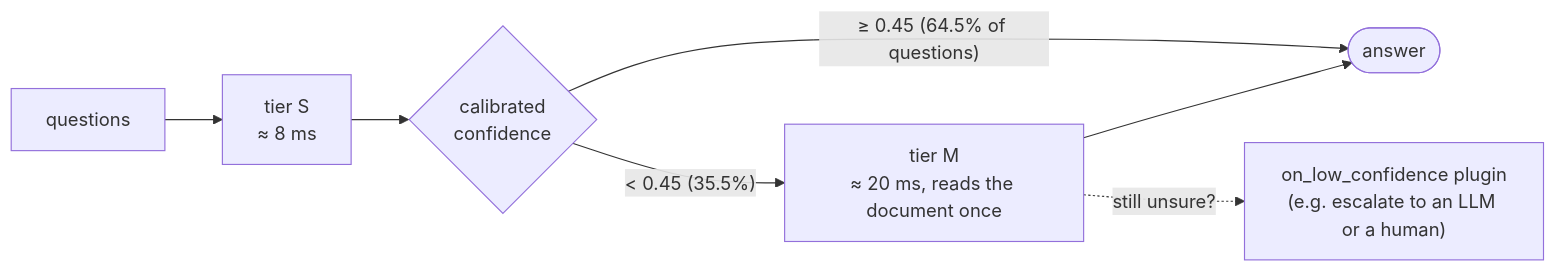
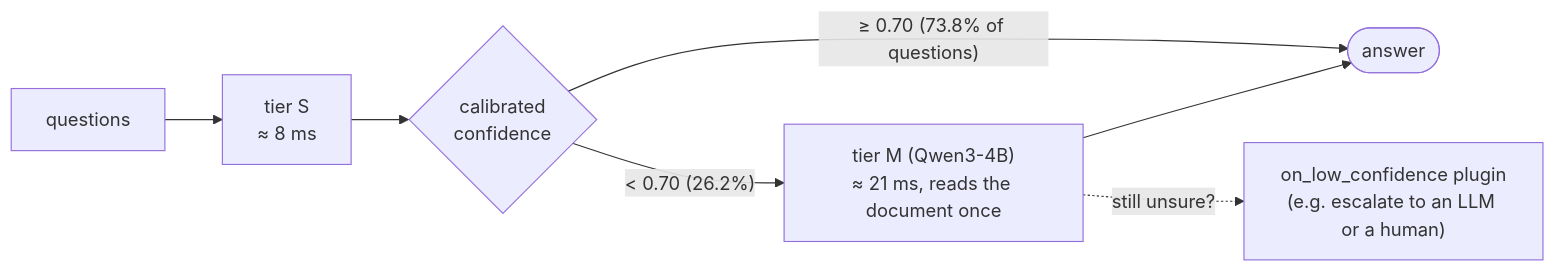
Before and after one commit to fateminiamohammad/dragonfly: the fifth of 9 diagrams in docs/ALGORITHM.md, drawn with Mermaid. The commit also changed other lines of this file and 30 other files, not shown here.

First line of the commit message:
Serve S2 + M-4B, agent flows, scale-out, and faster specialist loading

````diff
--- a/docs/ALGORITHM.md
+++ b/docs/ALGORITHM.md
@@ -105,9 +105,9 @@
 ```mermaid
 flowchart LR
     Q[questions] --> S["tier S<br/>≈ 8 ms"]
     S --> D{calibrated<br/>confidence}
-    D -- "≥ 0.45 (64.5% of questions)" --> A([answer])
-    D -- "< 0.45 (35.5%)" --> M["tier M<br/>≈ 20 ms, reads the document once"]
+    D -- "≥ 0.70 (73.8% of questions)" --> A([answer])
+    D -- "< 0.70 (26.2%)" --> M["tier M (Qwen3-4B)<br/>≈ 21 ms, reads the document once"]
     M --> A
     M -. "still unsure?" .-> P["on_low_confidence plugin<br/>(e.g. escalate to an LLM or a human)"]
 ```
````
